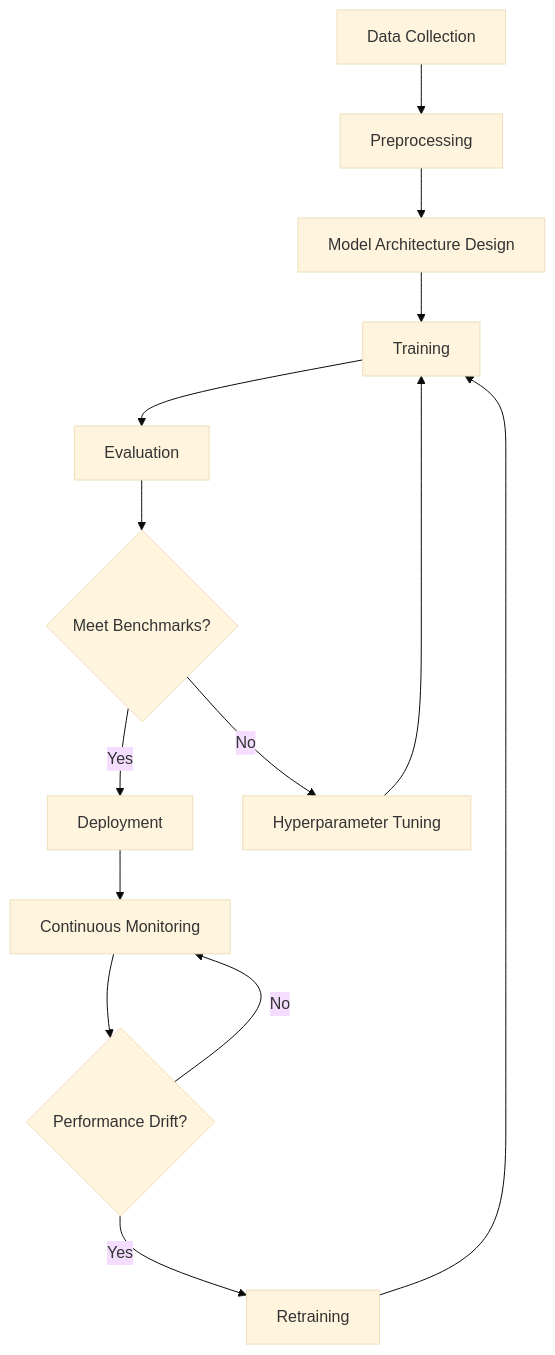
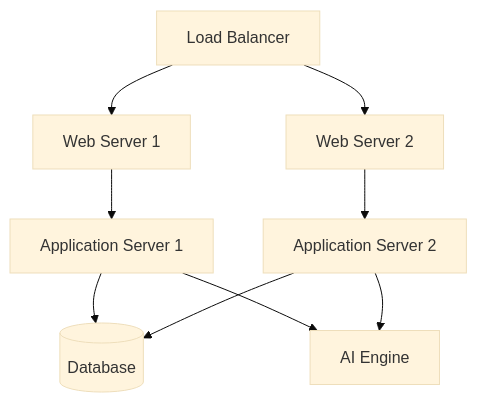
The seventh of 11 diagrams in README.md (nectariferous/likhon-3.5), drawn with Mermaid (base theme) before and after one commit. The commit also changed other lines of this file, not shown here.

````diff
--- a/README.md
+++ b/README.md
@@ -135,16 +172,11 @@
 ```mermaid
 graph TD
-    A[Data Collection] --> B[Preprocessing]
-    B --> C[Model Architecture Design]
-    C --> D[Training]
-    D --> E[Evaluation]
-    E --> F{Meet Benchmarks?}
-    F -->|Yes| G[Deployment]
-    F -->|No| H[Hyperparameter Tuning]
-    H --> D
-    G --> I[Continuous Monitoring]
-    I --> J{Performance Drift?}
-    J -->|Yes| K[Retraining]
-    K --> D
-    J -->|No| I
+    A[Load Balancer] --> B[Web Server 1]
+    A --> C[Web Server 2]
+    B --> D[Application Server 1]
+    C --> E[Application Server 2]
+    D --> F[(Database)]
+    E --> F
+    D --> G[AI Engine]
+    E --> G
 ```
````
